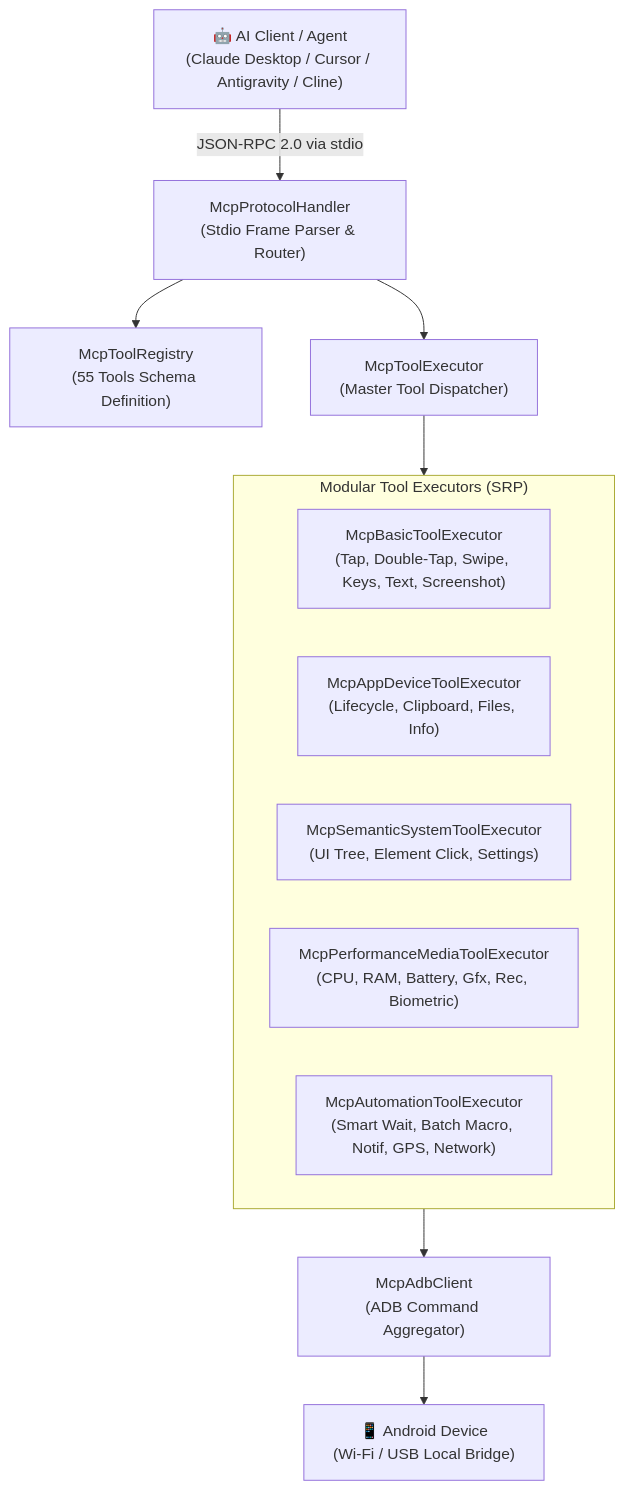
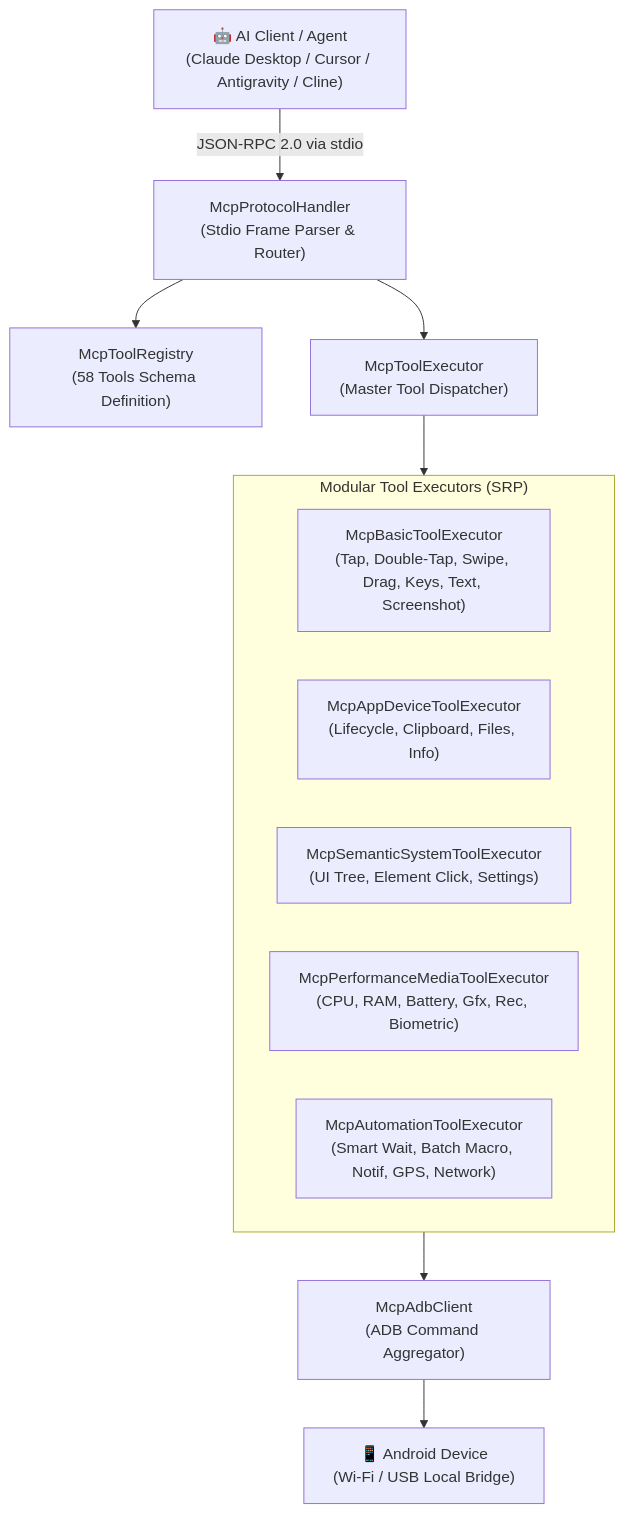
Before and after one commit to az-coder-123/azdroid: the diagram in docs/features/mcp-ai-agent-server.md, drawn with Mermaid. The commit also changed other lines of this file and 14 other files, not shown here.

Commit message:
feat: implement drag, check crash, and media scan tools (Phase 2)

````diff
--- a/docs/features/mcp-ai-agent-server.md
+++ b/docs/features/mcp-ai-agent-server.md
@@ -17,18 +17,18 @@
 ```mermaid
 flowchart TD
     AI["🤖 AI Client / Agent\n(Claude Desktop / Cursor / Antigravity / Cline)"] -->|JSON-RPC 2.0 via stdio| Handler["McpProtocolHandler\n(Stdio Frame Parser & Router)"]
-    Handler --> Registry["McpToolRegistry\n(55 Tools Schema Definition)"]
+    Handler --> Registry["McpToolRegistry\n(58 Tools Schema Definition)"]
     Handler --> Executor["McpToolExecutor\n(Master Tool Dispatcher)"]
 
     subgraph SubExecutors ["Modular Tool Executors (SRP)"]
-        E1["McpBasicToolExecutor\n(Tap, Double-Tap, Swipe, Keys, Text, Screenshot)"]
+        E1["McpBasicToolExecutor\n(Tap, Double-Tap, Swipe, Drag, Keys, Text, Screenshot)"]
         E2["McpAppDeviceToolExecutor\n(Lifecycle, Clipboard, Files, Info)"]
         E3["McpSemanticSystemToolExecutor\n(UI Tree, Element Click, Settings)"]
         E4["McpPerformanceMediaToolExecutor\n(CPU, RAM, Battery, Gfx, Rec, Biometric)"]
         E5["McpAutomationToolExecutor\n(Smart Wait, Batch Macro, Notif, GPS, Network)"]
     end
 
     Executor --> SubExecutors
     SubExecutors --> Client["McpAdbClient\n(ADB Command Aggregator)"]
     Client --> Phone["📱 Android Device\n(Wi-Fi / USB Local Bridge)"]
 ```
````
